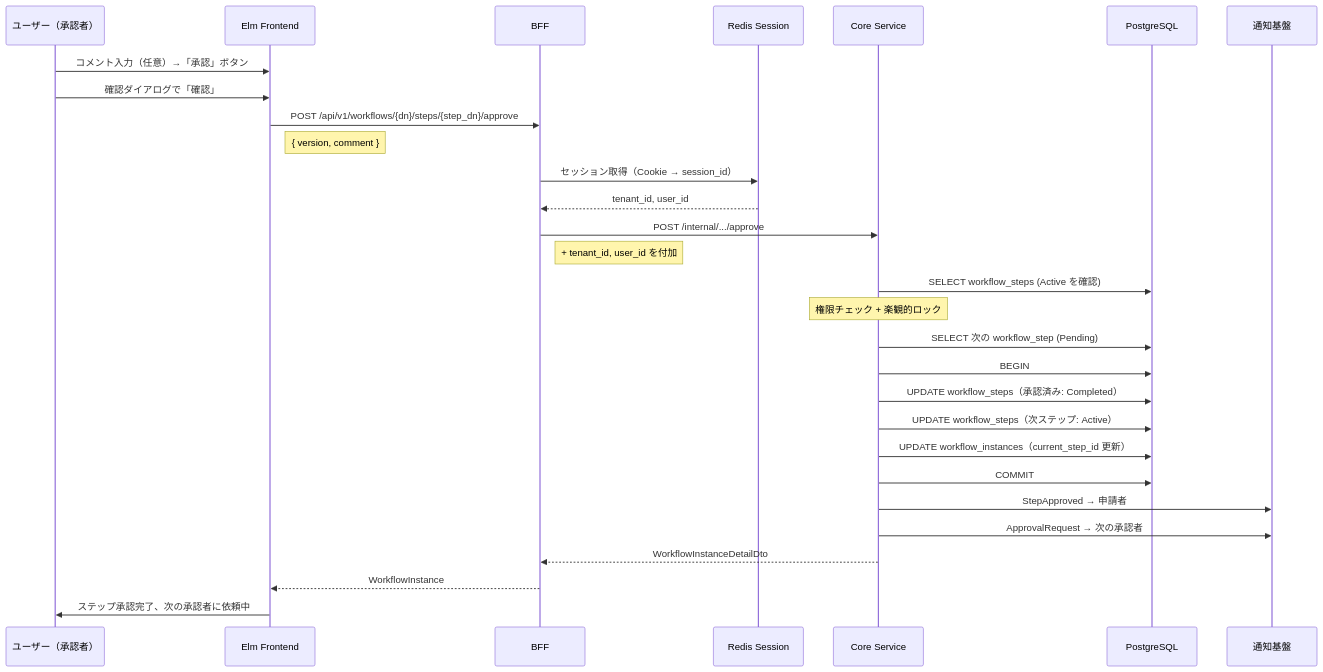
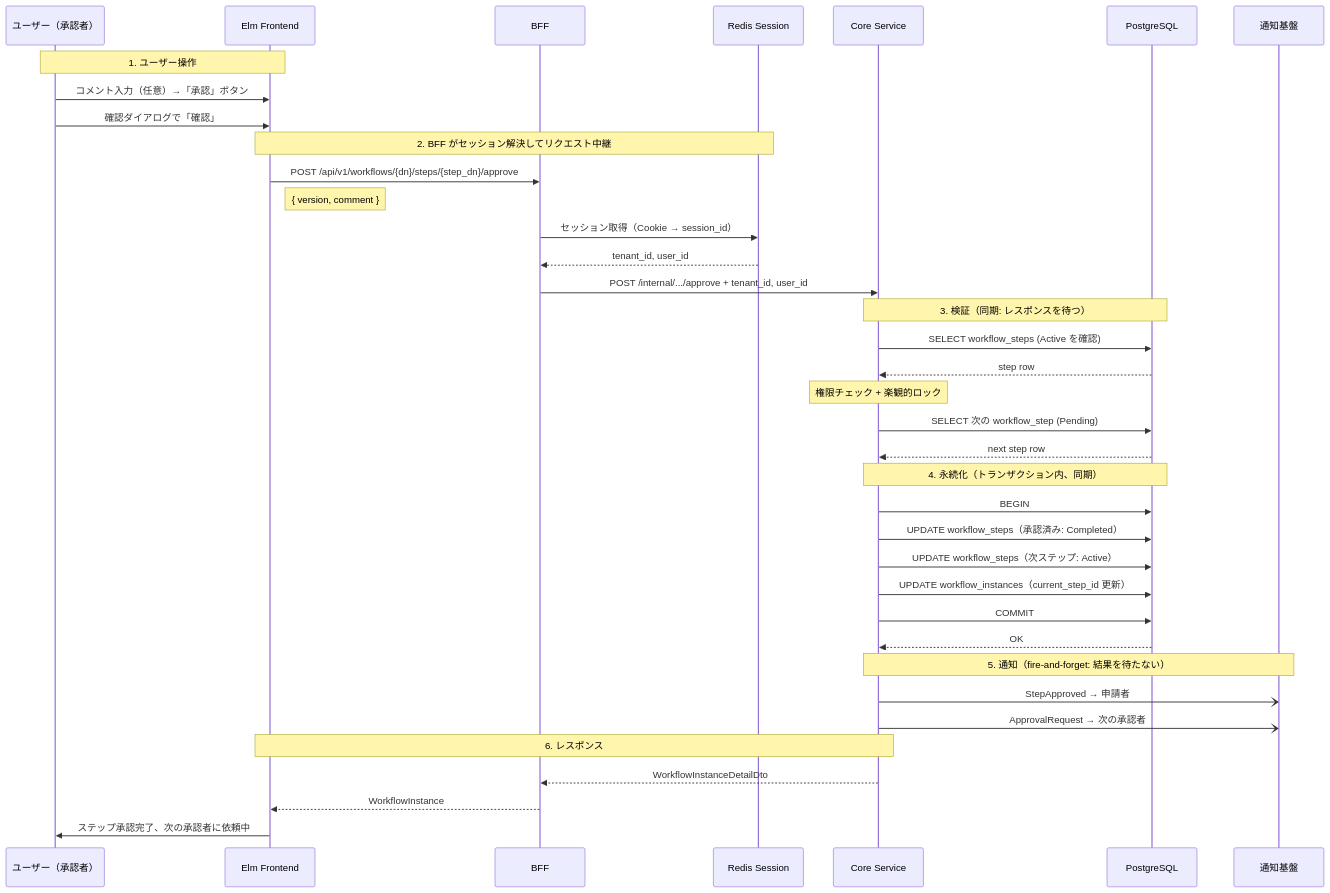
Before and after one commit to ka2kama/ringiflow: the first of 6 diagrams in docs/90_実装解説/ワークフロー/02_承認・却下フロー.md, drawn with Mermaid. The commit also changed other lines of this file and 2 other files, not shown here.

First line of the commit message:
#1128 Add numbered blocks and sync/async distinction to diagrams

````diff
--- a/docs/90_実装解説/ワークフロー/02_承認・却下フロー.md
+++ b/docs/90_実装解説/ワークフロー/02_承認・却下フロー.md
@@ -14,36 +14,45 @@
 ```mermaid
 sequenceDiagram
     participant U as ユーザー（承認者）
     participant Elm as Elm Frontend
     participant BFF as BFF
     participant Redis as Redis Session
     participant Core as Core Service
     participant DB as PostgreSQL
     participant Notify as 通知基盤
 
+    Note over U, Elm: 1. ユーザー操作
     U->>Elm: コメント入力（任意）→「承認」ボタン
     U->>Elm: 確認ダイアログで「確認」
 
+    Note over Elm, Redis: 2. BFF がセッション解決してリクエスト中継
     Elm->>BFF: POST /api/v1/workflows/{dn}/steps/{step_dn}/approve
     Note right of Elm: { version, comment }
     BFF->>Redis: セッション取得（Cookie → session_id）
     Redis-->>BFF: tenant_id, user_id
-    BFF->>Core: POST /internal/.../approve
-    Note right of BFF: + tenant_id, user_id を付加
+    BFF->>Core: POST /internal/.../approve + tenant_id, user_id
 
+    Note over Core, DB: 3. 検証（同期: レスポンスを待つ）
     Core->>DB: SELECT workflow_steps (Active を確認)
+    DB-->>Core: step row
     Note over Core: 権限チェック + 楽観的ロック
     Core->>DB: SELECT 次の workflow_step (Pending)
+    DB-->>Core: next step row
 
+    Note over Core, DB: 4. 永続化（トランザクション内、同期）
     Core->>DB: BEGIN
     Core->>DB: UPDATE workflow_steps（承認済み: Completed）
     Core->>DB: UPDATE workflow_steps（次ステップ: Active）
     Core->>DB: UPDATE workflow_instances（current_step_id 更新）
     Core->>DB: COMMIT
+    DB-->>Core: OK
 
-    Core->>Notify: StepApproved → 申請者
-    Core->>Notify: ApprovalRequest → 次の承認者
+    Note over Core, Notify: 5. 通知（fire-and-forget: 結果を待たない）
+    Core-)Notify: StepApproved → 申請者
+    Core-)Notify: ApprovalRequest → 次の承認者
+
+    Note over Core, Elm: 6. レスポンス
     Core-->>BFF: WorkflowInstanceDetailDto
     BFF-->>Elm: WorkflowInstance
     Elm->>U: ステップ承認完了、次の承認者に依頼中
 ```
````
